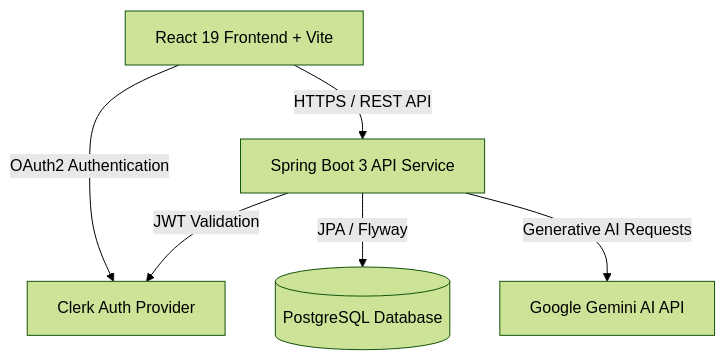
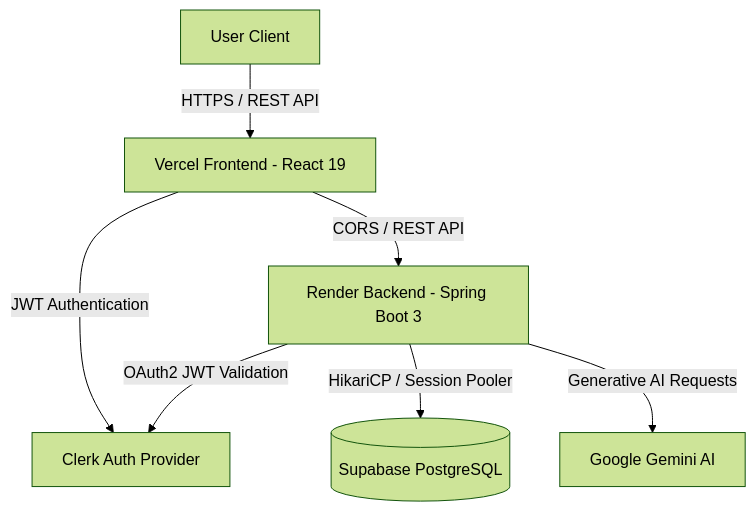
The diagram in README.md (khamleshmorla/PromoBridge), drawn with Mermaid (forest theme) before and after one commit. The commit also changed other lines of this file, not shown here.

Commit message:
docs: update README.md with live deployment links, architecture, role security & DB seeding details

````diff
--- a/README.md
+++ b/README.md
@@ -51,8 +66,9 @@
 ```mermaid
 graph TD
-    Client[React 19 Frontend + Vite] -->|HTTPS / REST API| API[Spring Boot 3 API Service]
-    Client -->|OAuth2 Authentication| Auth[Clerk Auth Provider]
-    API -->|JWT Validation| Auth
-    API -->|JPA / Flyway| DB[(PostgreSQL Database)]
-    API -->|Generative AI Requests| Gemini[Google Gemini AI API]
+    User[User Client] -->|HTTPS / REST API| Vercel[Vercel Frontend - React 19]
+    Vercel -->|CORS / REST API| Render[Render Backend - Spring Boot 3]
+    Vercel -->|JWT Authentication| Clerk[Clerk Auth Provider]
+    Render -->|OAuth2 JWT Validation| Clerk
+    Render -->|HikariCP / Session Pooler| DB[(Supabase PostgreSQL)]
+    Render -->|Generative AI Requests| Gemini[Google Gemini AI]
 ```
````
